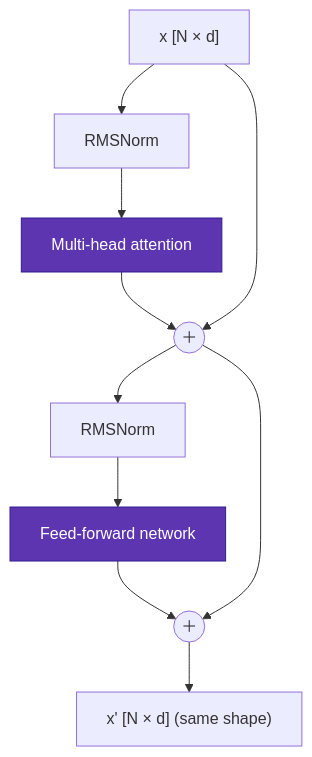
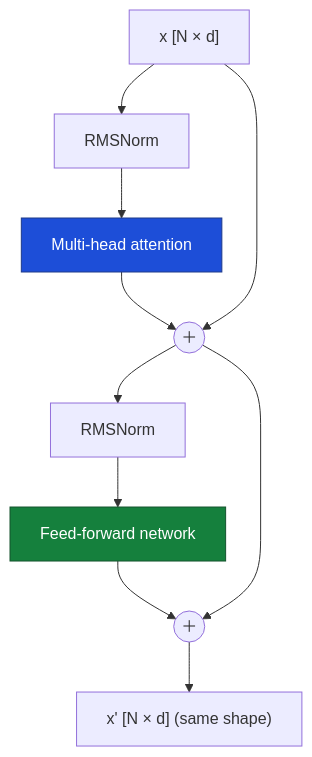
Before and after one commit to youyun8/deep-kernel-handbook: the eighth of 10 diagrams in docs/foundations/transformer-from-scratch.md, drawn with Mermaid. The commit also changed other lines of this file and 1 other file, not shown here.

Commit message:
docs: give each transformer-from-scratch diagram its own color scheme

````diff
--- a/docs/foundations/transformer-from-scratch.md
+++ b/docs/foundations/transformer-from-scratch.md
@@ -218,15 +218,16 @@
 ```mermaid
 flowchart TD
     IN["x  [N × d]"] --> N1["RMSNorm"]
     N1 --> ATT["Multi-head attention"]
     ATT --> R1(("＋"))
     IN --> R1
     R1 --> N2["RMSNorm"]
     N2 --> FFN["Feed-forward network"]
     FFN --> R2(("＋"))
     R1 --> R2
     R2 --> OUT["x'  [N × d]  (same shape)"]
-    class ATT flagship;
-    class FFN flagship;
-    classDef flagship fill:#5e35b1,stroke:#311b92,color:#fff;
+    class ATT accBlue;
+    class FFN accGreen;
+    classDef accBlue fill:#1d4ed8,stroke:#1e3a8a,color:#fff;
+    classDef accGreen fill:#15803d,stroke:#14532d,color:#fff;
 ```
````
